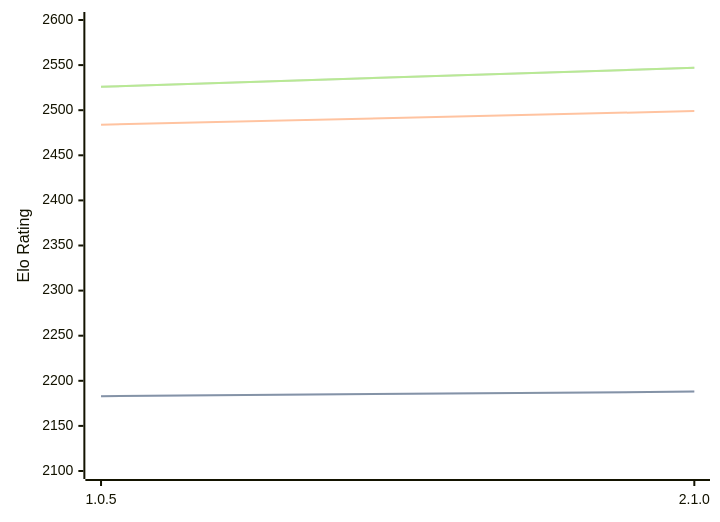
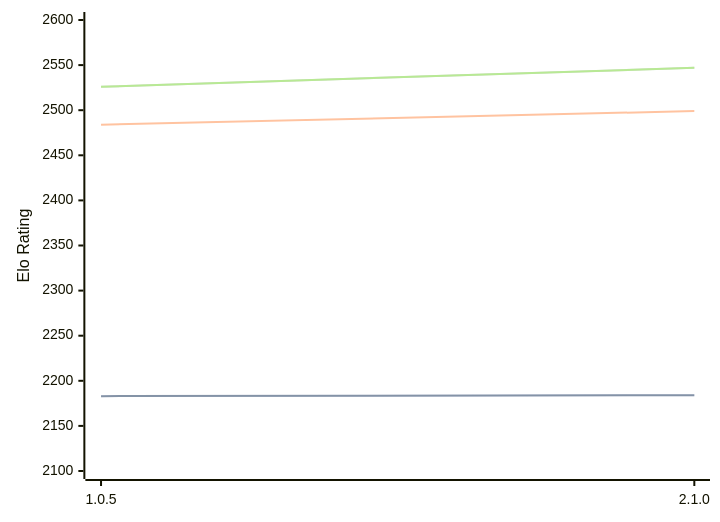
Before and after one commit to computer-chess-index/cci: the diagram in engines/Ruffian.md, drawn with Mermaid. The commit also changed other lines of this file, not shown here.

Commit message:
Update CCI Ratings (ELO VLTC) - 2026-03-17

````diff
--- a/engines/Ruffian.md
+++ b/engines/Ruffian.md
@@ -30,11 +30,11 @@
 ```mermaid
 %%{init: {"theme":"base","themeVariables":{"seriesColors:['#a3a3a3','#222221','#faa371']}}}%%
 xychart-beta
   x-axis ["1.0.5", "2.1.0"]
   y-axis "Elo Rating" 2100 --> 2600
-  line "STC (8.0+0.08s)" [2183, 2188]
-  line "STC (8.0+0.08s)" [2183, 2188]
+  line "STC (8.0+0.08s)" [2183, 2184]
+  line "STC (8.0+0.08s)" [2183, 2184]
   line "LTC (60.0+0.60s)" [2484, 2499]
   line "VLTC (2m24s+1.12s)" [2526, 2547]
   line "VLTC (2m24s+1.12s)" [2526, 2547]
 ```
````
